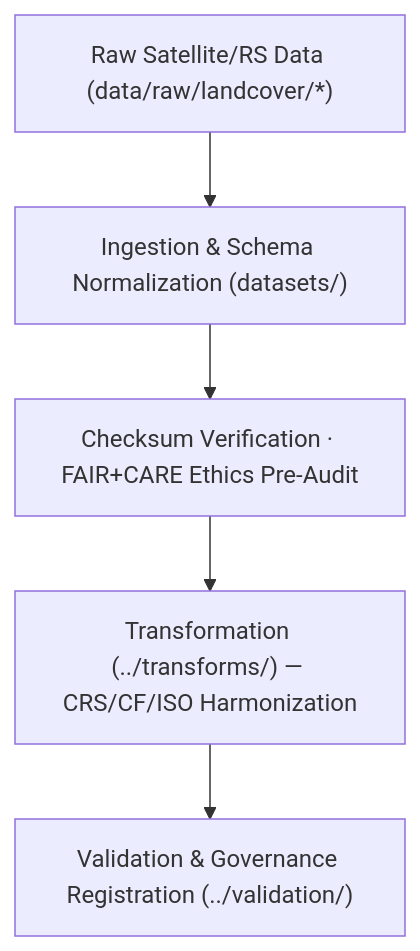
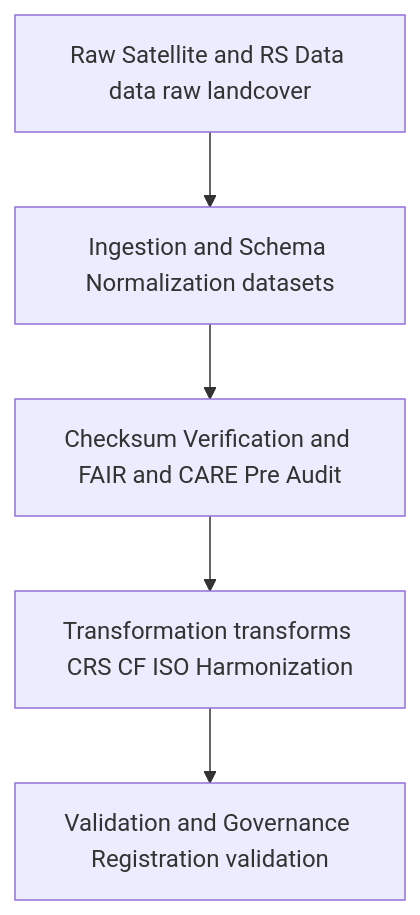
One commit to bartytime4life/Kansas-Frontier-Matrix changed the diagram in data/work/tmp/landcover/datasets/README.md. Above: the diagram before and after it, drawn with Mermaid. The commit also changed other lines of this file, not shown here.

````diff
--- a/data/work/tmp/landcover/datasets/README.md
+++ b/data/work/tmp/landcover/datasets/README.md
@@ -65,7 +72,7 @@
 ```mermaid
 flowchart TD
-    A["Raw Satellite/RS Data (data/raw/landcover/*)"] --> B["Ingestion & Schema Normalization (datasets/)"]
-    B --> C["Checksum Verification · FAIR+CARE Ethics Pre-Audit"]
-    C --> D["Transformation (../transforms/) — CRS/CF/ISO Harmonization"]
-    D --> E["Validation & Governance Registration (../validation/)"]
+    A["Raw Satellite and RS Data data raw landcover"] --> B["Ingestion and Schema Normalization datasets"]
+    B --> C["Checksum Verification and FAIR and CARE Pre Audit"]
+    C --> D["Transformation transforms CRS CF ISO Harmonization"]
+    D --> E["Validation and Governance Registration validation"]
 ```
````
